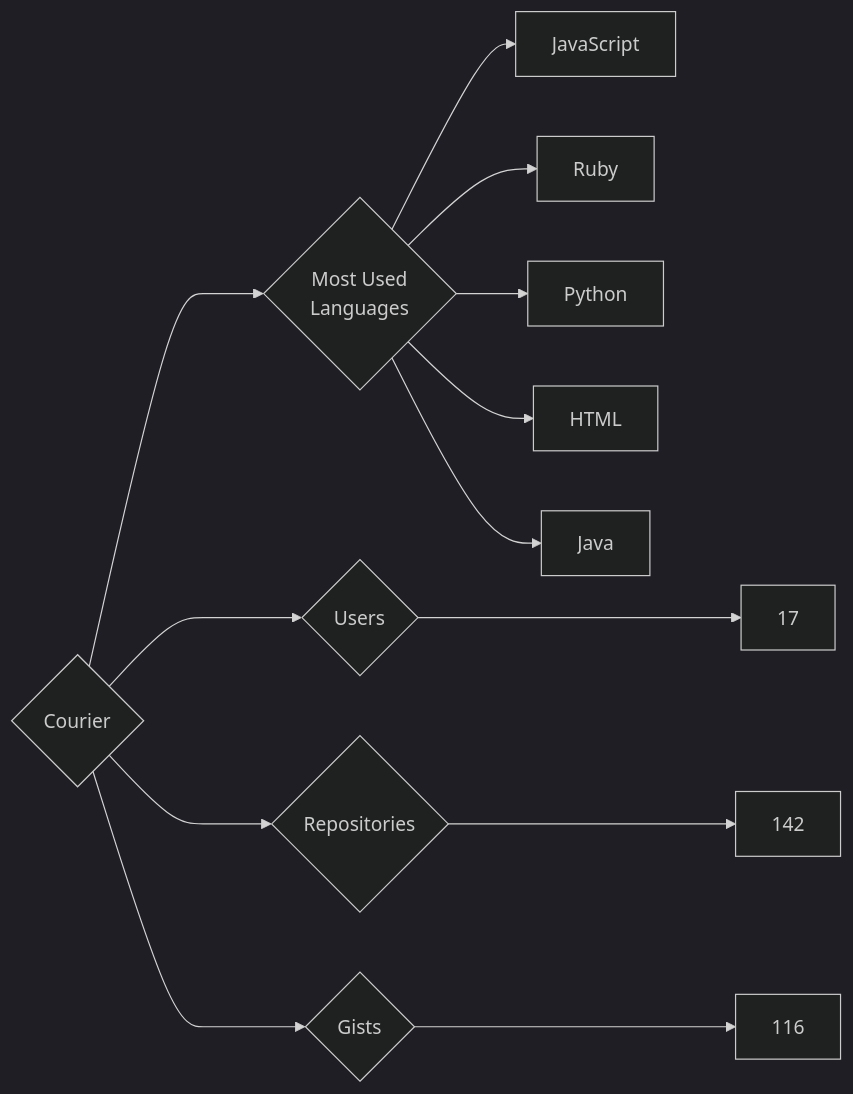
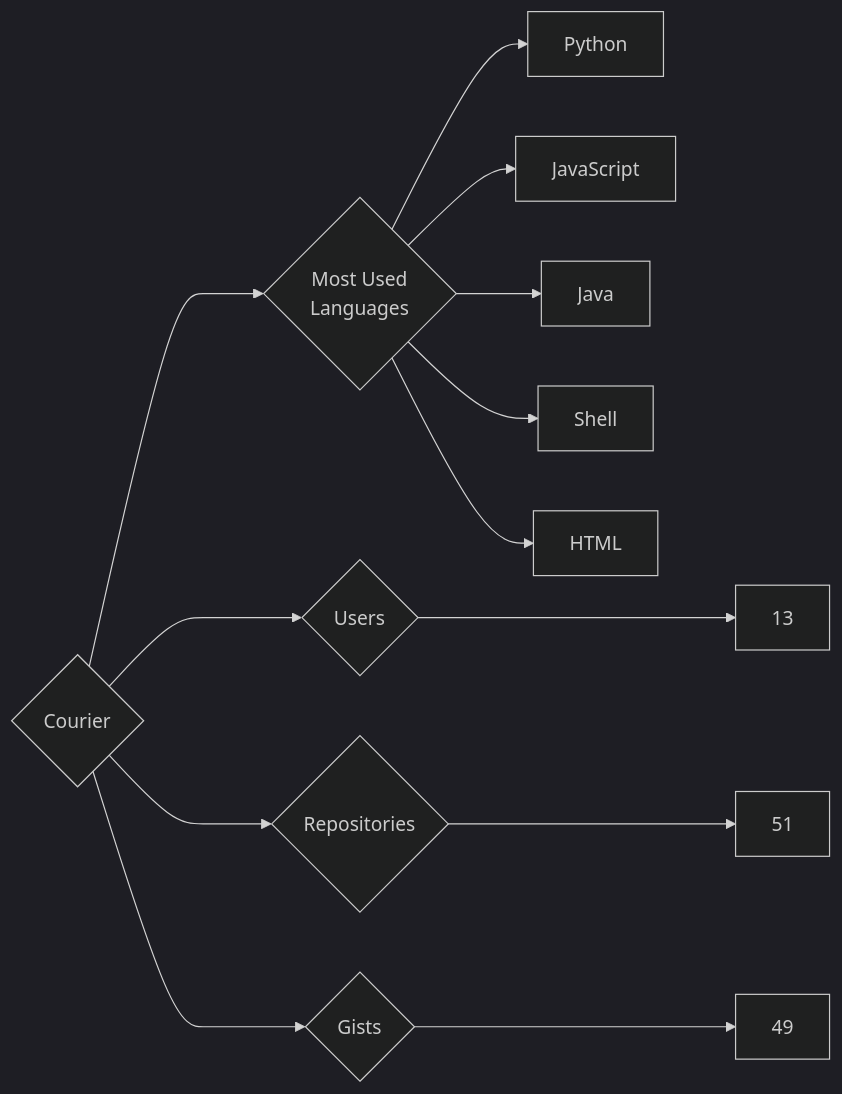
Before and after one commit to trickest/insiders: the diagram in targets/Courier/README.md, drawn with Mermaid (dark theme). The commit also changed 951 other files, not shown here.

````diff
--- a/targets/Courier/README.md
+++ b/targets/Courier/README.md
@@ -3,13 +3,13 @@
 ```mermaid
 graph LR
 COMPANY_NAME{Courier}
-COMPANY_NAME ---> U{Users} ---> UN[17]
-COMPANY_NAME ---> R{Repositories} ---> RN[142]
-COMPANY_NAME ---> G{Gists} ---> GN[116]
+COMPANY_NAME ---> U{Users} ---> UN[13]
+COMPANY_NAME ---> R{Repositories} ---> RN[51]
+COMPANY_NAME ---> G{Gists} ---> GN[49]
 COMPANY_NAME ---> ML{Most Used<br>Languages}
+ML --> Python[Python]
 ML --> JavaScript[JavaScript]
-ML --> Ruby[Ruby]
-ML --> Python[Python]
+ML --> Java[Java]
+ML --> Shell[Shell]
 ML --> HTML[HTML]
-ML --> Java[Java]
 ```
````
